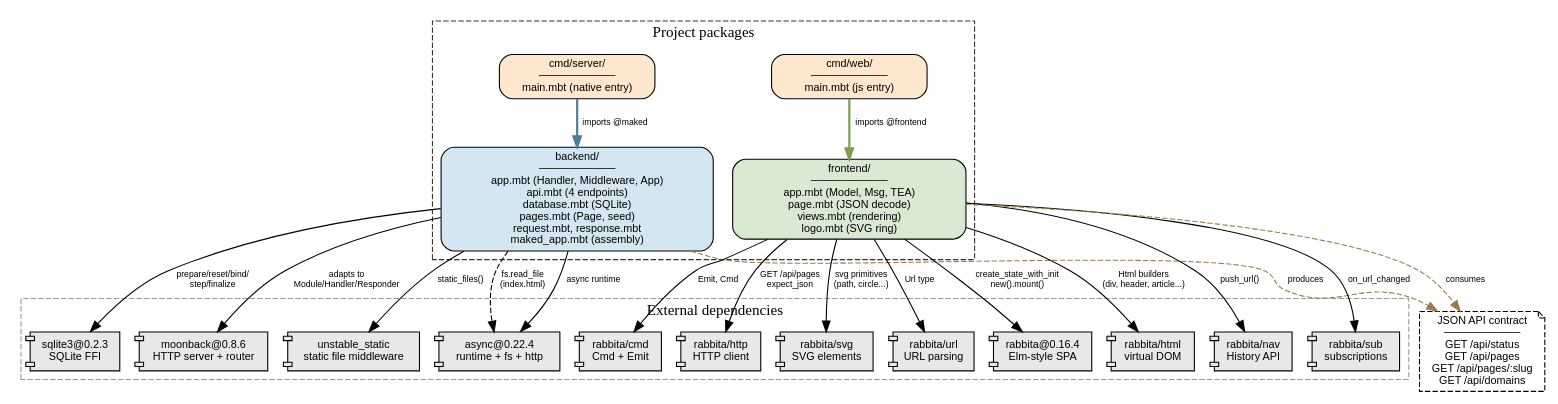
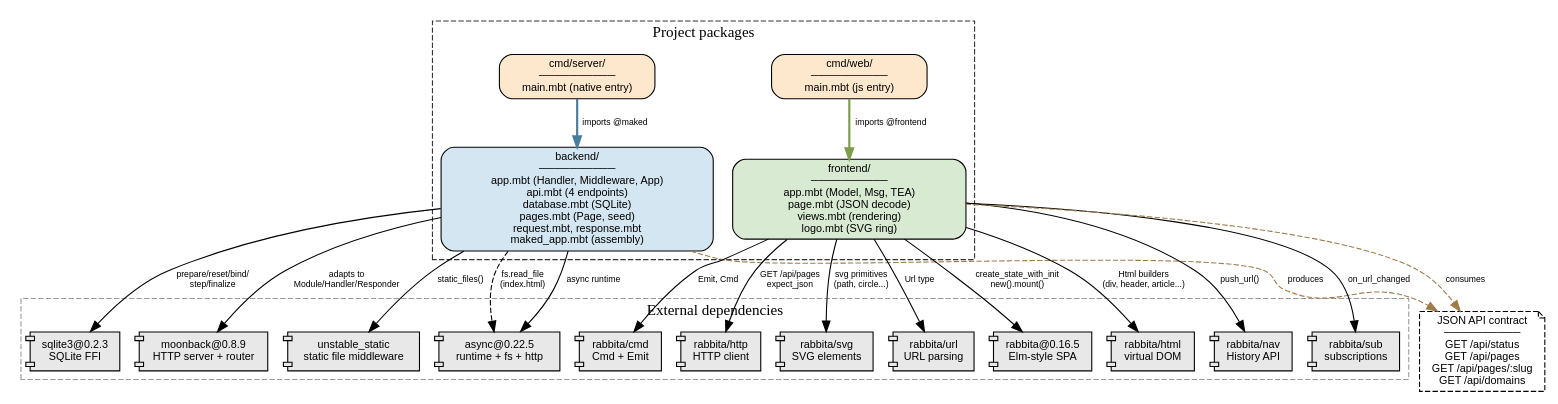
Before and after one commit to riantr/MAKED: the diagram in architecture/dependencies.dot, drawn with Graphviz. The commit also changed 29 other files, not shown here.

```diff
--- a/architecture/dependencies.dot
+++ b/architecture/dependencies.dot
@@ -1,95 +1,95 @@
 // MAKED Dependency Graph &mdash; Graphviz DOT
 // Skill: dependency-impact-analyzer + graphviz
 //
 // Shows package-level dependencies with change-impact annotations.
 // Node size reflects blast radius (larger = more downstream impact).
 // Render: dot -Tsvg dependencies.dot -o dependencies.svg
 
 digraph maked_dependencies {
   rankdir=TB
   node [shape=box, style="rounded,filled", fontname="Helvetica", fontsize=10]
   edge [fontname="Helvetica", fontsize=8]
 
   // --- Internal packages (sized by blast radius) ---
   subgraph cluster_project {
     label="Project packages"
     style=dashed
     color="#333333"
 
     backend [
       label="backend/\n──────────\napp.mbt (Handler, Middleware, App)\napi.mbt (4 endpoints)\ndatabase.mbt (SQLite)\npages.mbt (Page, seed)\nrequest.mbt, response.mbt\nmaked_app.mbt (assembly)",
       fillcolor="#d4e6f1"
       width=3.5
     ]
 
     frontend [
       label="frontend/\n──────────\napp.mbt (Model, Msg, TEA)\npage.mbt (JSON decode)\nviews.mbt (rendering)\nlogo.mbt (SVG ring)",
       fillcolor="#d9ead3"
       width=3
     ]
 
     cmd_server [
       label="cmd/server/\n──────────\nmain.mbt (native entry)",
       fillcolor="#fde8cd"
       width=2
     ]
 
     cmd_web [
       label="cmd/web/\n──────────\nmain.mbt (js entry)",
       fillcolor="#fde8cd"
       width=2
     ]
   }
 
   // --- External dependencies ---
   subgraph cluster_external {
     label="External dependencies"
     style=dashed
     color="#999999"
     node [shape=component, fillcolor="#e8e8e8"]
 
-    moonback [label="moonback@0.8.6\nHTTP server + router"]
+    moonback [label="moonback@0.8.9\nHTTP server + router"]
     moonback_static [label="unstable_static\nstatic file middleware"]
     sqlite3 [label="sqlite3@0.2.3\nSQLite FFI"]
-    async [label="async@0.22.4\nruntime + fs + http"]
-    rabbita [label="rabbita@0.16.4\nElm-style SPA"]
+    async [label="async@0.22.5\nruntime + fs + http"]
+    rabbita [label="rabbita@0.16.5\nElm-style SPA"]
     rabbita_html [label="rabbita/html\nvirtual DOM"]
     rabbita_nav [label="rabbita/nav\nHistory API"]
     rabbita_sub [label="rabbita/sub\nsubscriptions"]
     rabbita_cmd [label="rabbita/cmd\nCmd + Emit"]
     rabbita_http [label="rabbita/http\nHTTP client"]
     rabbita_svg [label="rabbita/svg\nSVG elements"]
     rabbita_url [label="rabbita/url\nURL parsing"]
   }
 
   // --- JSON contract (the only backend↔frontend link) ---
   json_contract [
     label="JSON API contract\n──────────\nGET /api/status\nGET /api/pages\nGET /api/pages/:slug\nGET /api/domains",
     shape=note
     fillcolor="#fce5cd"
     style=dashed
   ]
 
   // --- Internal edges ---
   cmd_server -> backend [label="imports @maked", penwidth=2, color="#4a7c9e"]
   cmd_web -> frontend [label="imports @frontend", penwidth=2, color="#7c9e4a"]
   backend -> json_contract [style=dashed, label="produces", color="#9e7c4a"]
   frontend -> json_contract [style=dashed, label="consumes", color="#9e7c4a"]
 
   // --- Backend external edges ---
   backend -> moonback [label="adapts to\nModule/Handler/Responder"]
   backend -> moonback_static [label="static_files()"]
   backend -> sqlite3 [label="prepare/reset/bind/\nstep/finalize"]
   backend -> async [label="async runtime"]
   backend -> async [label="fs.read_file\n(index.html)", style=dashed]
 
   // --- Frontend external edges ---
   frontend -> rabbita [label="create_state_with_init\nnew().mount()"]
   frontend -> rabbita_html [label="Html builders\n(div, header, article...)"]
   frontend -> rabbita_nav [label="push_url()"]
   frontend -> rabbita_sub [label="on_url_changed"]
   frontend -> rabbita_cmd [label="Emit, Cmd"]
   frontend -> rabbita_http [label="GET /api/pages\nexpect_json"]
   frontend -> rabbita_svg [label="svg primitives\n(path, circle...)"]
   frontend -> rabbita_url [label="Url type"]
 }
```
